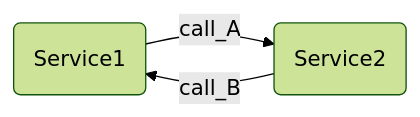
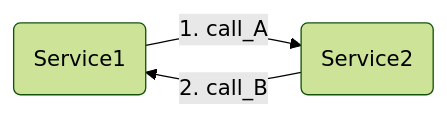
Before and after one commit to akiradeveloper/microservice-pattern: the third of 5 diagrams in README.md, drawn with Mermaid (forest theme). The commit also changed other lines of this file and 4 other files, not shown here.

````diff
--- a/README.md
+++ b/README.md
@@ -46,7 +46,7 @@
 ```mermaid
 graph LR
   S1(Service1)
   S2(Service2)
-  S1 -->|call_A| S2
-  S2 -->|call_B| S1
+  S1 -->|1. call_A| S2
+  S2 -->|2. call_B| S1
 ```
````
